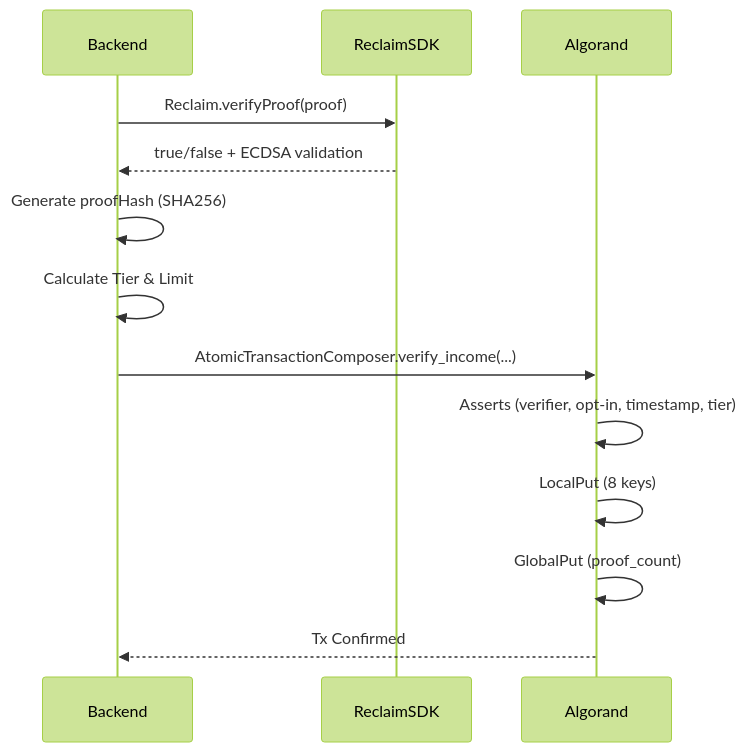
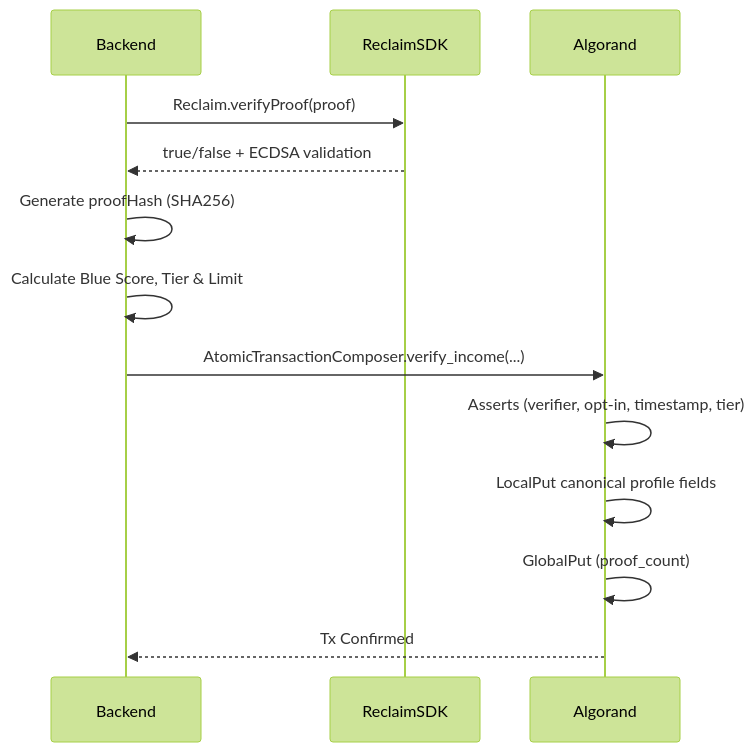
Before and after one commit to SomehowLiving/Acre: the third of 5 diagrams in docs/ARCHITECTURE.md, drawn with Mermaid (forest theme). The commit also changed other lines of this file and 17 other files, not shown here.

Commit message:
feat: enhance Acre verification contract and testnet deployment flow

````diff
--- a/docs/ARCHITECTURE.md
+++ b/docs/ARCHITECTURE.md
@@ -124,18 +124,18 @@
 ```mermaid
 sequenceDiagram
     participant Backend
     participant ReclaimSDK
     participant Algorand
 
     Backend->>ReclaimSDK: Reclaim.verifyProof(proof)
     ReclaimSDK-->>Backend: true/false + ECDSA validation
     
     Backend->>Backend: Generate proofHash (SHA256)
-    Backend->>Backend: Calculate Tier & Limit
+    Backend->>Backend: Calculate Blue Score, Tier & Limit
     
     Backend->>Algorand: AtomicTransactionComposer.verify_income(...)
     Algorand->>Algorand: Asserts (verifier, opt-in, timestamp, tier)
-    Algorand->>Algorand: LocalPut (8 keys)
+    Algorand->>Algorand: LocalPut canonical profile fields
     Algorand->>Algorand: GlobalPut (proof_count)
     Algorand-->>Backend: Tx Confirmed
 ```
````
